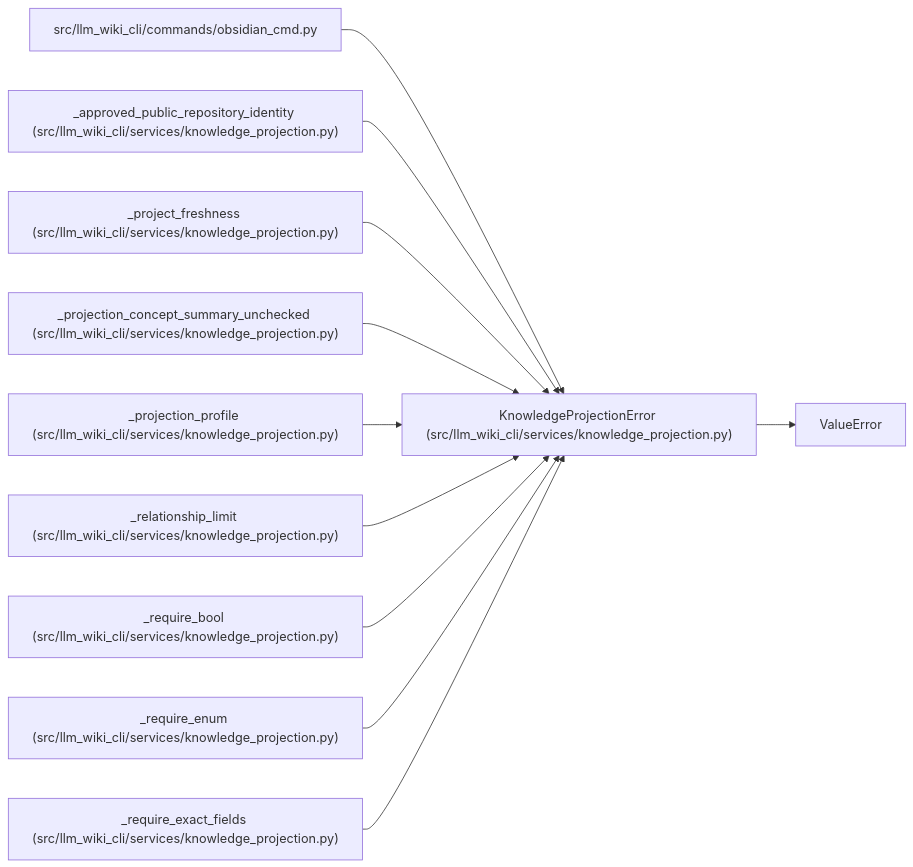
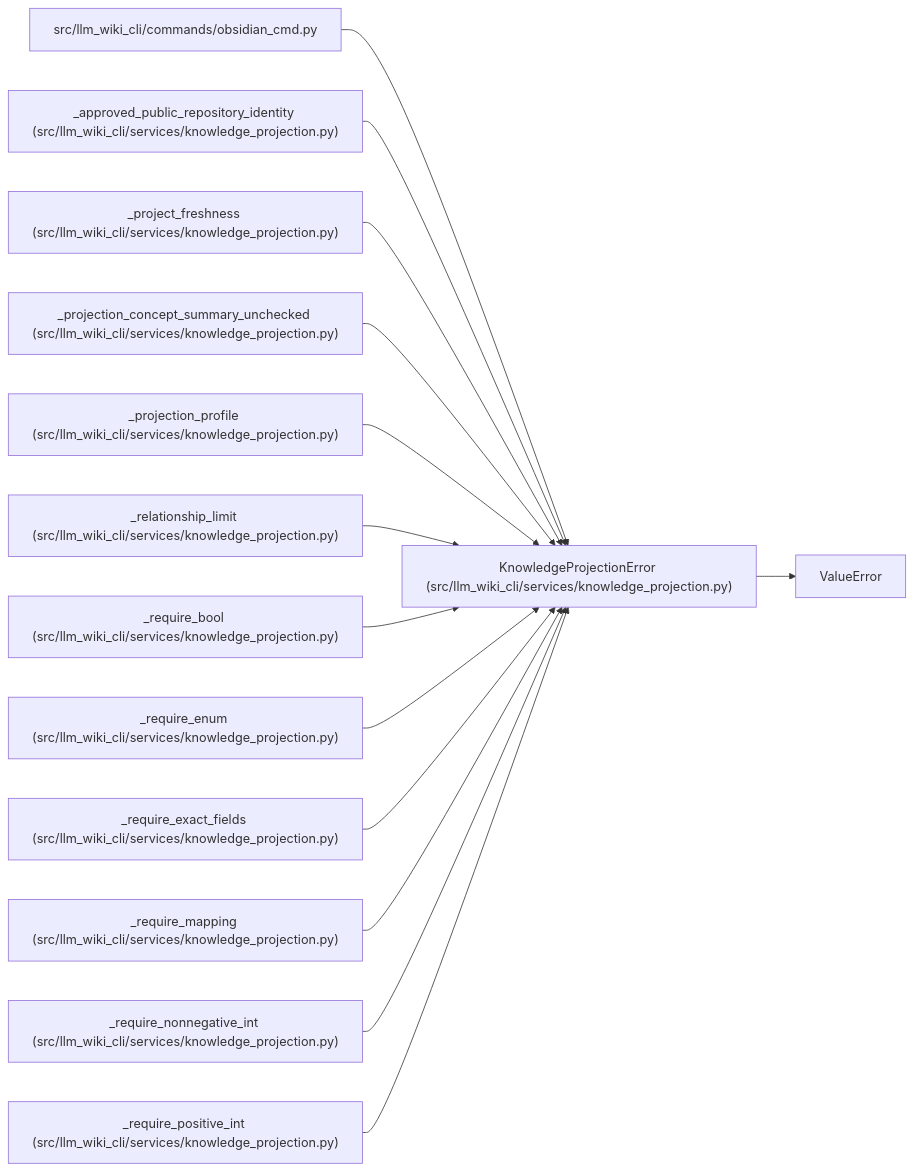
Before and after one commit to Denissvgn/python-wiki-llm: the diagram in docs/llm_wiki/entities/KnowledgeProjectionError.md, drawn with Mermaid. The commit also changed other lines of this file and 493 other files, not shown here.

````diff
--- a/docs/llm_wiki/entities/KnowledgeProjectionError.md
+++ b/docs/llm_wiki/entities/KnowledgeProjectionError.md
@@ -25,34 +25,43 @@
 ```mermaid
 flowchart LR
     n0["KnowledgeProjectionError (src/llm_wiki_cli/services/knowledge_projection.py)"]
     n1["ValueError"]
     n2["src/llm_wiki_cli/commands/obsidian_cmd.py"]
     n3["_approved_public_repository_identity (src/llm_wiki_cli/services/knowledge_projection.py)"]
     n4["_project_freshness (src/llm_wiki_cli/services/knowledge_projection.py)"]
     n5["_projection_concept_summary_unchecked (src/llm_wiki_cli/services/knowledge_projection.py)"]
     n6["_projection_profile (src/llm_wiki_cli/services/knowledge_projection.py)"]
     n7["_relationship_limit (src/llm_wiki_cli/services/knowledge_projection.py)"]
     n8["_require_bool (src/llm_wiki_cli/services/knowledge_projection.py)"]
     n9["_require_enum (src/llm_wiki_cli/services/knowledge_projection.py)"]
     n10["_require_exact_fields (src/llm_wiki_cli/services/knowledge_projection.py)"]
+    n11["_require_mapping (src/llm_wiki_cli/services/knowledge_projection.py)"]
+    n12["_require_nonnegative_int (src/llm_wiki_cli/services/knowledge_projection.py)"]
+    n13["_require_positive_int (src/llm_wiki_cli/services/knowledge_projection.py)"]
     n0 --> n1
     n2 --> n0
     n3 --> n0
     n4 --> n0
     n5 --> n0
     n6 --> n0
     n7 --> n0
     n8 --> n0
     n9 --> n0
     n10 --> n0
+    n11 --> n0
+    n12 --> n0
+    n13 --> n0
     click n0 "../modules/knowledge_projection.md"
     click n2 "../modules/obsidian_cmd.md"
     click n3 "../modules/knowledge_projection.md"
     click n4 "../modules/knowledge_projection.md"
     click n5 "../modules/knowledge_projection.md"
     click n6 "../modules/knowledge_projection.md"
     click n7 "../modules/knowledge_projection.md"
     click n8 "../modules/knowledge_projection.md"
     click n9 "../modules/knowledge_projection.md"
     click n10 "../modules/knowledge_projection.md"
+    click n11 "../modules/knowledge_projection.md"
+    click n12 "../modules/knowledge_projection.md"
+    click n13 "../modules/knowledge_projection.md"
 ```
````
